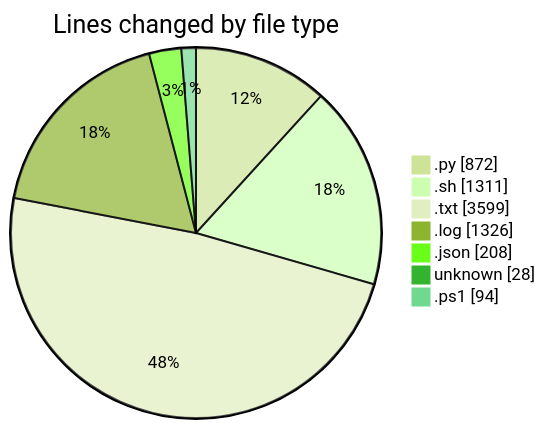
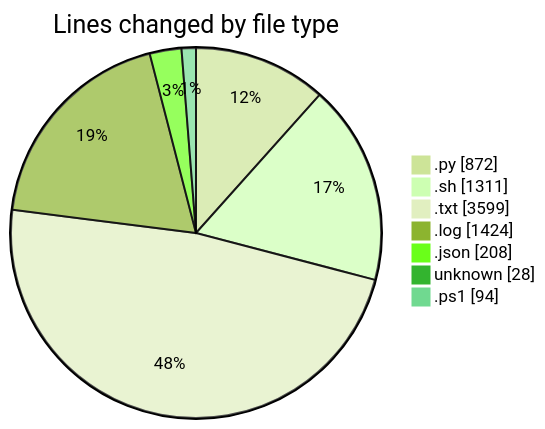
Before and after one commit to Unknowalive/code-tracking: the first of 2 diagrams in 2026-04-11/scripting_workshop/README.md, drawn with Mermaid (forest theme). The commit also changed other lines of this file and 1 other file, not shown here.

````diff
--- a/2026-04-11/scripting_workshop/README.md
+++ b/2026-04-11/scripting_workshop/README.md
@@ -50,11 +50,11 @@
 ```mermaid
 pie showData
 title Lines changed by file type
 ".py" : 872
 ".sh" : 1311
 ".txt" : 3599
-".log" : 1326
+".log" : 1424
 ".json" : 208
 "unknown" : 28
 ".ps1" : 94
 ```
````
